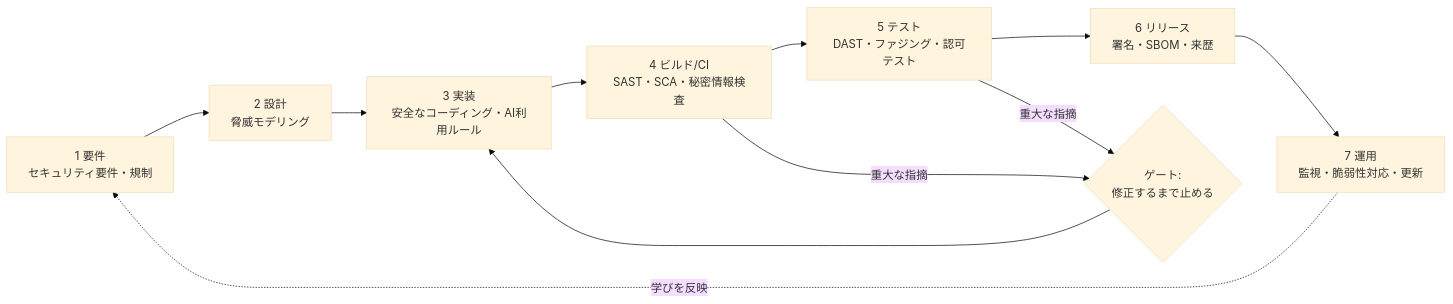
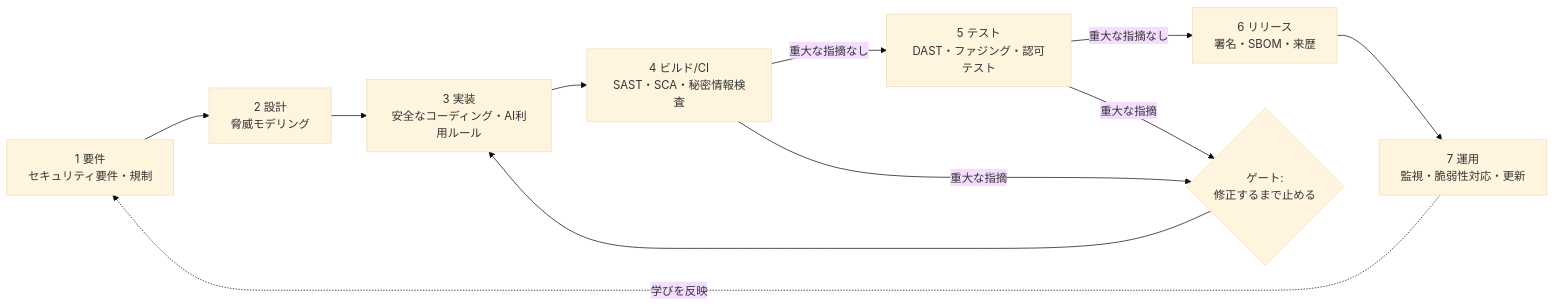
The third of 11 diagrams in Software-security-complete-guide-2026-11.md (myoshi2891/Security_Studies), drawn with Mermaid (base theme) before and after one commit. The commit also changed other lines of this file, not shown here.

Commit message:
docs(software-security): update SDLC diagram transitions and correct SSDF practice code to PS.4

````diff
--- a/Software-security-complete-guide-2026-11.md
+++ b/Software-security-complete-guide-2026-11.md
@@ -124,13 +124,13 @@
 ```mermaid
 flowchart LR
     R["1 要件<br/>セキュリティ要件・規制"] --> D["2 設計<br/>脅威モデリング"]
     D --> C["3 実装<br/>安全なコーディング・AI利用ルール"]
     C --> B["4 ビルド/CI<br/>SAST・SCA・秘密情報検査"]
-    B --> T["5 テスト<br/>DAST・ファジング・認可テスト"]
-    T --> RL["6 リリース<br/>署名・SBOM・来歴"]
+    B -- "重大な指摘なし" --> T["5 テスト<br/>DAST・ファジング・認可テスト"]
+    T -- "重大な指摘なし" --> RL["6 リリース<br/>署名・SBOM・来歴"]
     RL --> O["7 運用<br/>監視・脆弱性対応・更新"]
     O -. "学びを反映" .-> R
     B -- "重大な指摘" --> G1{"ゲート:<br/>修正するまで止める"}
     T -- "重大な指摘" --> G1
     G1 --> C
 ```
````
